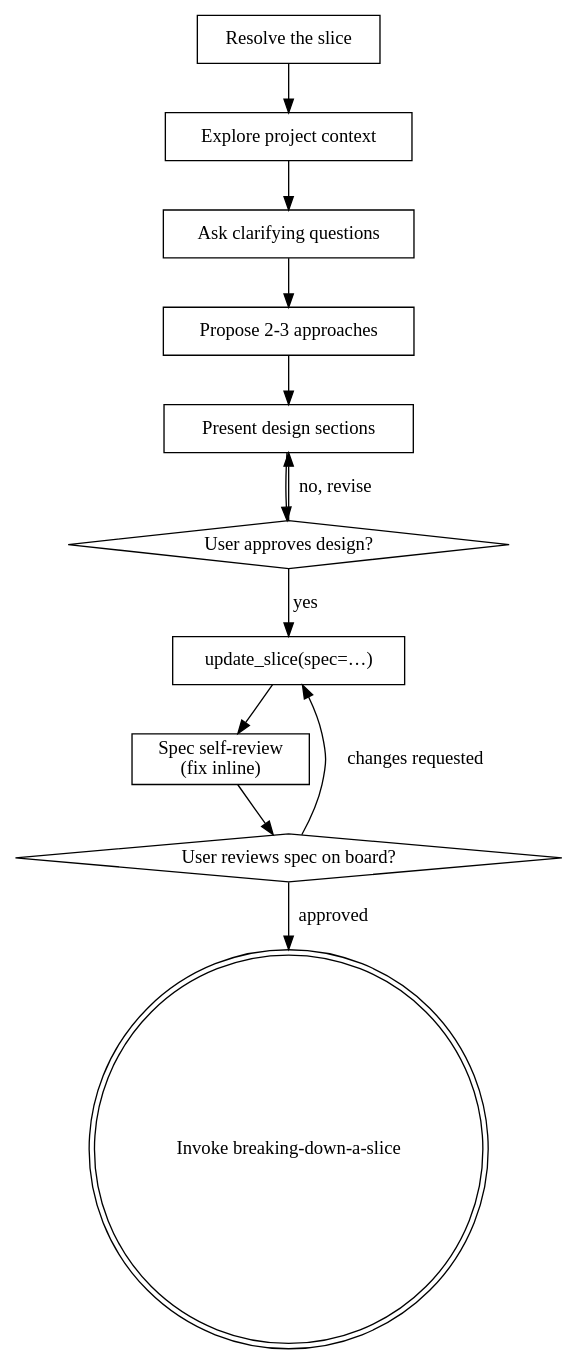
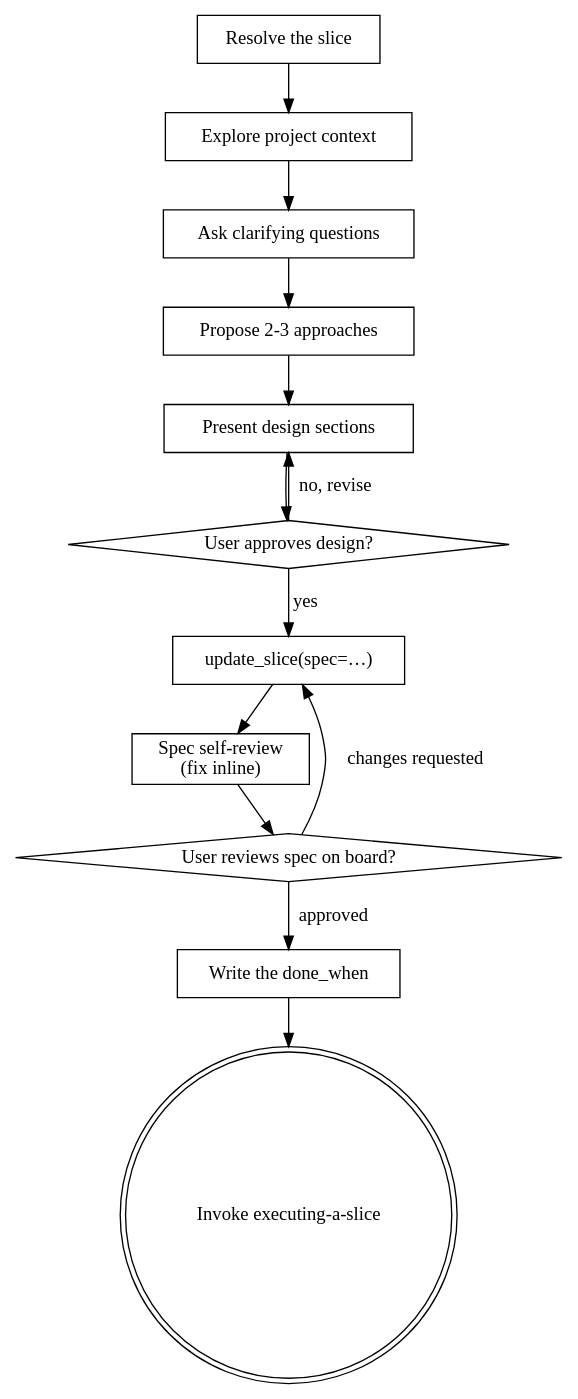
The diagram in shared/skills/designing-a-slice/SKILL.md (tuck-it/tuckit-plugins), drawn with Graphviz before and after one commit. The commit also changed other lines of this file and 3 other files, not shown here.

First line of the commit message:
TP-344 (partial): domain, designing and verifying move to the done_when axis

````diff
--- a/shared/skills/designing-a-slice/SKILL.md
+++ b/shared/skills/designing-a-slice/SKILL.md
@@ -79,26 +80,28 @@
 ```dot
 digraph designing {
     "Resolve the slice" [shape=box];
     "Explore project context" [shape=box];
     "Ask clarifying questions" [shape=box];
     "Propose 2-3 approaches" [shape=box];
     "Present design sections" [shape=box];
     "User approves design?" [shape=diamond];
     "update_slice(spec=…)" [shape=box];
     "Spec self-review\n(fix inline)" [shape=box];
     "User reviews spec on board?" [shape=diamond];
-    "Invoke breaking-down-a-slice" [shape=doublecircle];
+    "Write the done_when" [shape=box];
+    "Invoke executing-a-slice" [shape=doublecircle];
 
     "Resolve the slice" -> "Explore project context";
     "Explore project context" -> "Ask clarifying questions";
     "Ask clarifying questions" -> "Propose 2-3 approaches";
     "Propose 2-3 approaches" -> "Present design sections";
     "Present design sections" -> "User approves design?";
     "User approves design?" -> "Present design sections" [label="no, revise"];
     "User approves design?" -> "update_slice(spec=…)" [label="yes"];
     "update_slice(spec=…)" -> "Spec self-review\n(fix inline)";
     "Spec self-review\n(fix inline)" -> "User reviews spec on board?";
     "User reviews spec on board?" -> "update_slice(spec=…)" [label="changes requested"];
-    "User reviews spec on board?" -> "Invoke breaking-down-a-slice" [label="approved"];
+    "User reviews spec on board?" -> "Write the done_when" [label="approved"];
+    "Write the done_when" -> "Invoke executing-a-slice";
 }
 ```
````
